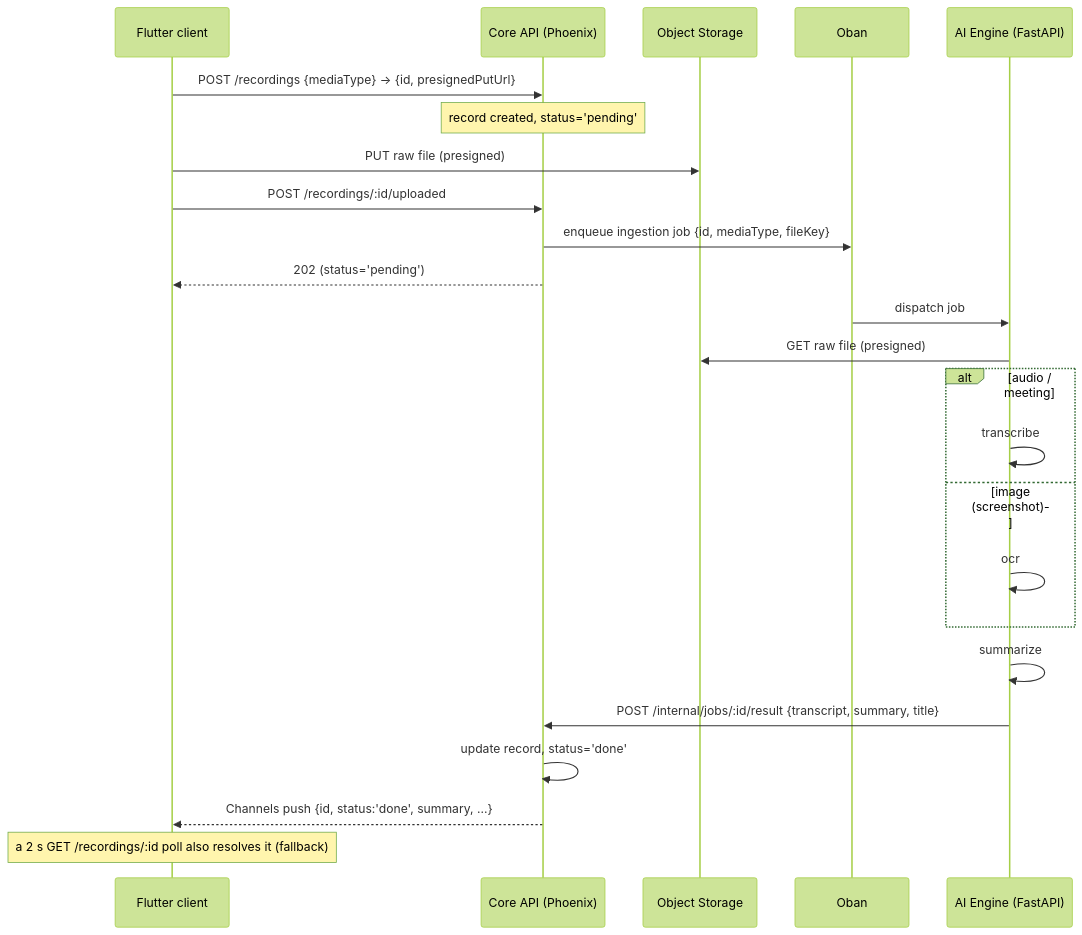
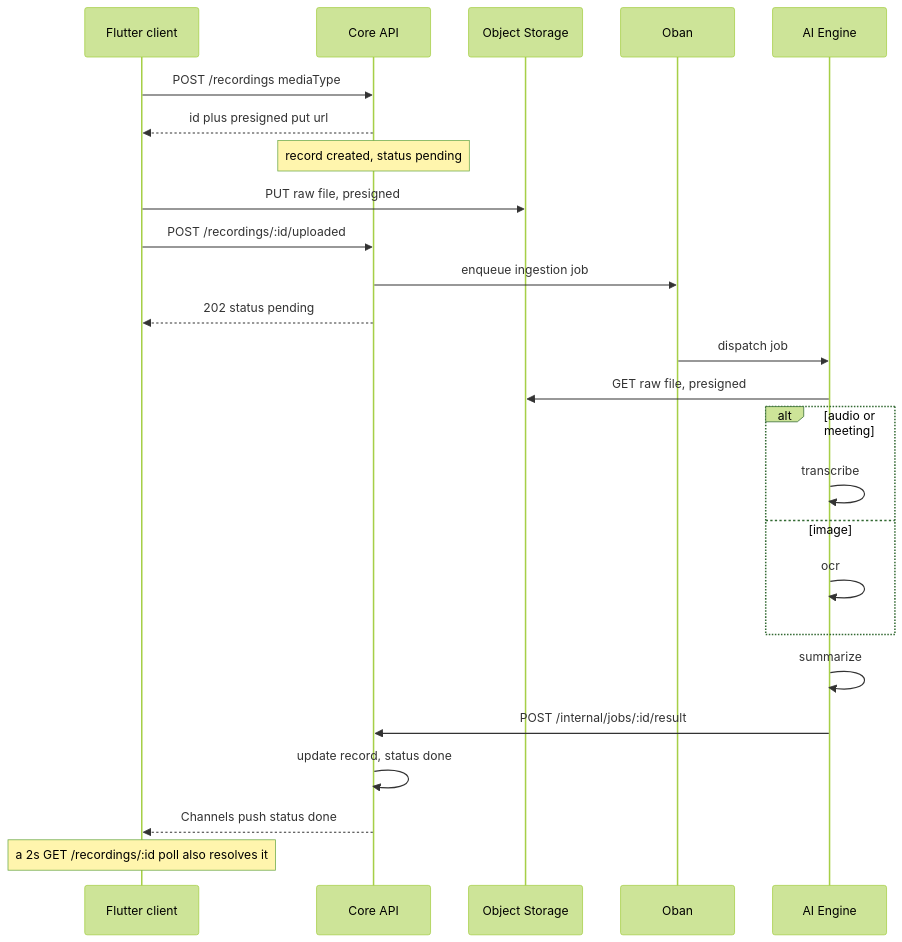
One commit to matome-org/matome-app changed the second of 2 diagrams in .docs/architecture.md. Above: the diagram before and after it, drawn with Mermaid (forest theme). The commit also changed 1 other file, not shown here.

Commit message:
docs: fix mermaid diagrams that failed to render
Mermaid 11.13's sequence lexer treats the Unicode arrow `→` as an arrow
token and desyncs, throwing "Syntax error in text". The matome-lifecycle
sequence/state diagrams and the architecture §7 sequence used `→` (plus
parenthesised participant aliases and brace/quote message text) and so
failed to render.

Rewrite those diagram bodies in plain ASCII — no `→`, no parens in
participant aliases, no `{}`/quotes in message text (valid flowchart
cylinder shapes and composite-state braces are kept). All four mermaid
blocks now pass mermaid-cli rendering.

````diff
--- a/.docs/architecture.md
+++ b/.docs/architecture.md
@@ -156,27 +156,28 @@
 ```mermaid
 sequenceDiagram
   participant C as Flutter client
-  participant API as Core API (Phoenix)
+  participant API as Core API
   participant ST as Object Storage
   participant OB as Oban
-  participant AI as AI Engine (FastAPI)
+  participant AI as AI Engine
 
-  C->>API: POST /recordings {mediaType} → {id, presignedPutUrl}
-  Note over API: record created, status='pending'
-  C->>ST: PUT raw file (presigned)
+  C->>API: POST /recordings mediaType
+  API-->>C: id plus presigned put url
+  Note over API: record created, status pending
+  C->>ST: PUT raw file, presigned
   C->>API: POST /recordings/:id/uploaded
-  API->>OB: enqueue ingestion job {id, mediaType, fileKey}
-  API-->>C: 202 (status='pending')
+  API->>OB: enqueue ingestion job
+  API-->>C: 202 status pending
   OB->>AI: dispatch job
-  AI->>ST: GET raw file (presigned)
-  alt audio / meeting
+  AI->>ST: GET raw file, presigned
+  alt audio or meeting
     AI->>AI: transcribe
-  else image (screenshot)
+  else image
     AI->>AI: ocr
   end
   AI->>AI: summarize
-  AI->>API: POST /internal/jobs/:id/result {transcript, summary, title}
-  API->>API: update record, status='done'
-  API-->>C: Channels push {id, status:'done', summary, ...}
-  Note over C: a 2 s GET /recordings/:id poll also resolves it (fallback)
+  AI->>API: POST /internal/jobs/:id/result
+  API->>API: update record, status done
+  API-->>C: Channels push status done
+  Note over C: a 2s GET /recordings/:id poll also resolves it
 ```
````
